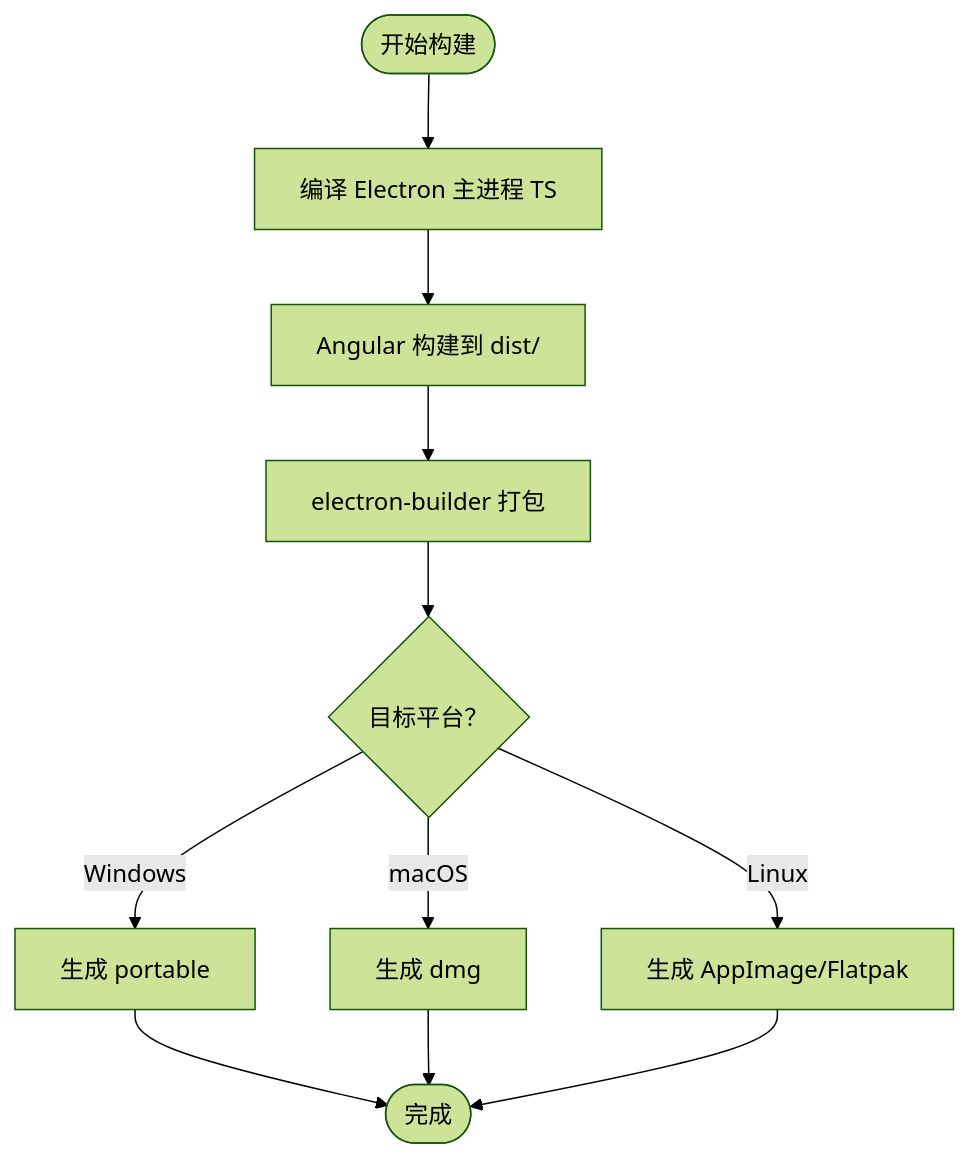
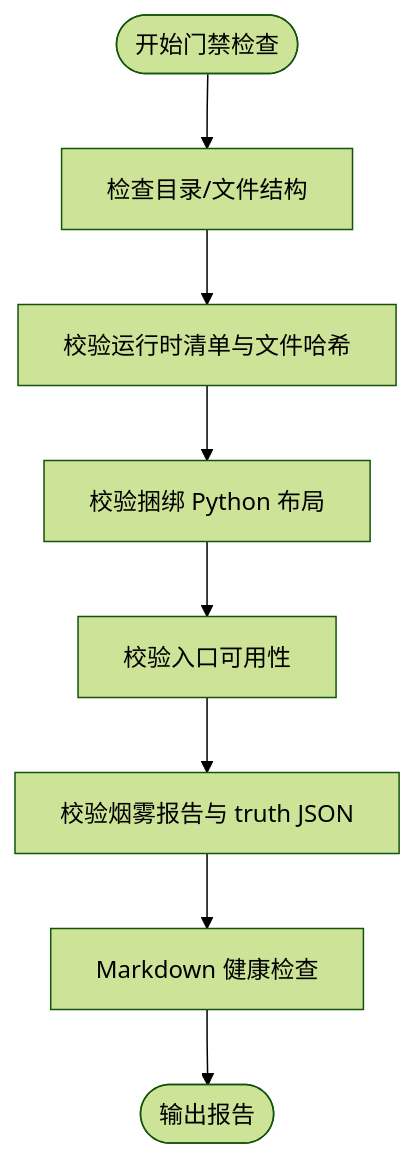
Before and after one commit to haolange/RDC-Agent: the fifth of 6 diagrams in .qoder/repowiki/zh/content/故障排除.md, drawn with Mermaid (forest theme). The commit also changed other lines of this file and 84 other files, not shown here.

````diff
--- a/.qoder/repowiki/zh/content/故障排除.md
+++ b/.qoder/repowiki/zh/content/故障排除.md
@@ -199,13 +181,10 @@
 ```mermaid
 flowchart TD
-Start(["开始构建"]) --> TSCServe["编译 Electron 主进程 TS"]
-TSCServe --> AngularBuild["Angular 构建到 dist/"]
-AngularBuild --> EB["electron-builder 打包"]
-EB --> Targets{"目标平台？"}
-Targets --> |Windows| Win["生成 portable"]
-Targets --> |macOS| Mac["生成 dmg"]
-Targets --> |Linux| Lin["生成 AppImage/Flatpak"]
-Win --> End(["完成"])
-Mac --> End
-Lin --> End
+GateStart(["开始门禁检查"]) --> Struct["检查目录/文件结构"]
+Struct --> Manifest["校验运行时清单与文件哈希"]
+Manifest --> Python["校验捆绑 Python 布局"]
+Python --> Entries["校验入口可用性"]
+Entries --> Reports["校验烟雾报告与 truth JSON"]
+Reports --> MD["Markdown 健康检查"]
+MD --> GateEnd(["输出报告"])
 ```
````
